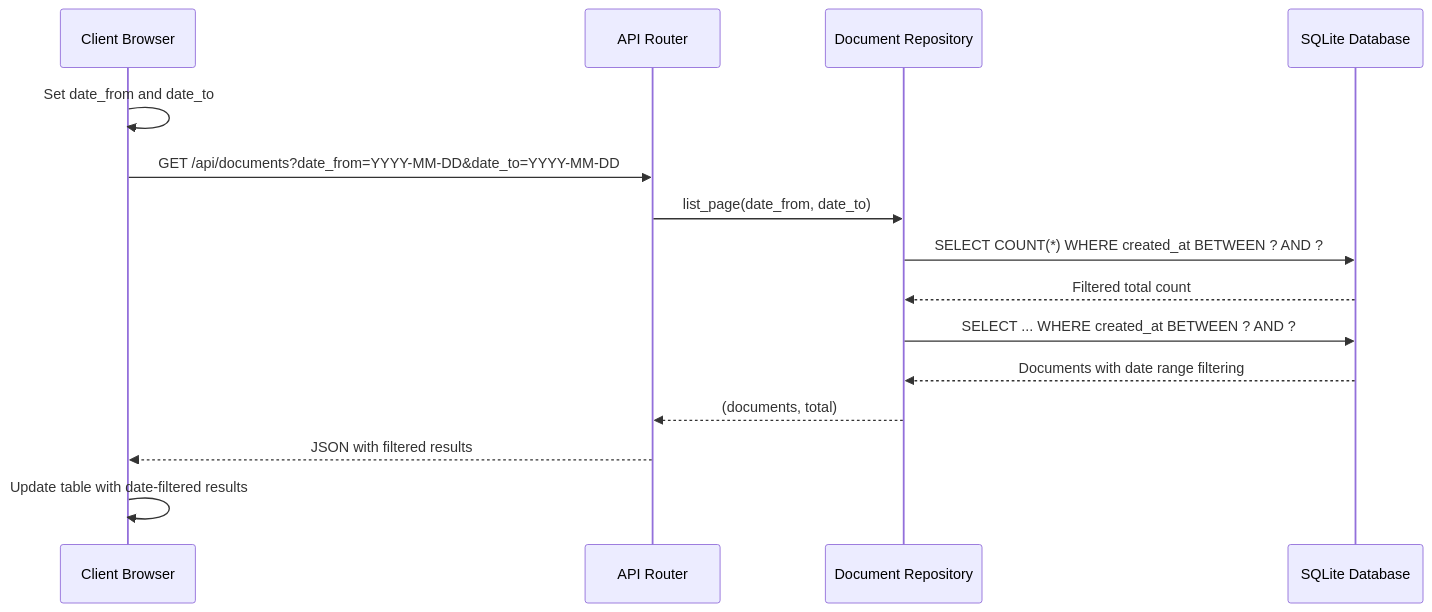
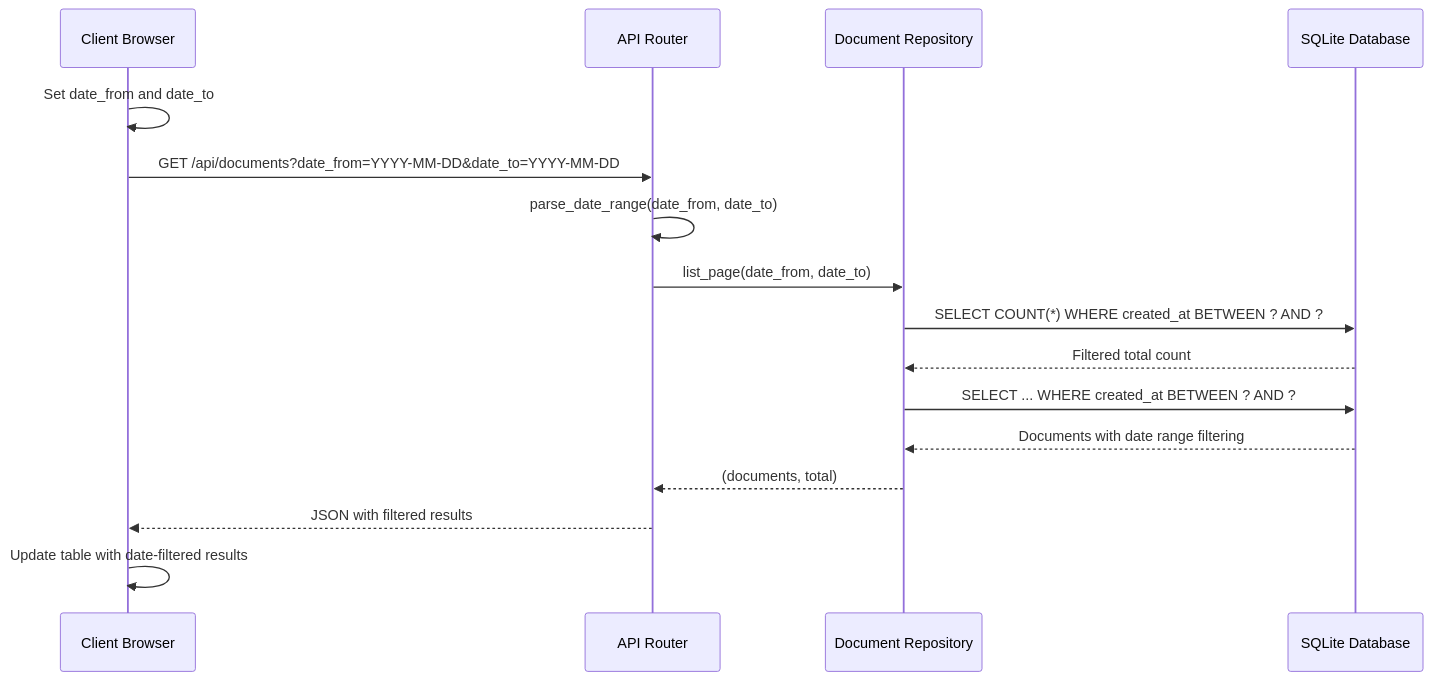
Diagram 15 of 26 in .qoder/repowiki/en/content/Document Management System.md (ognelis/cafetera_hr_bot), drawn with Mermaid before and after one commit. The commit also changed other lines of this file and 29 other files, not shown here.

````diff
--- a/.qoder/repowiki/en/content/Document Management System.md
+++ b/.qoder/repowiki/en/content/Document Management System.md
@@ -1264,17 +1424,18 @@
 ```mermaid
 sequenceDiagram
 participant Client as Client Browser
 participant API as API Router
 participant Repo as Document Repository
 participant DB as SQLite Database
 Client->>Client : Set date_from and date_to
 Client->>API : GET /api/documents?date_from=YYYY-MM-DD&date_to=YYYY-MM-DD
+API->>API : parse_date_range(date_from, date_to)
 API->>Repo : list_page(date_from, date_to)
 Repo->>DB : SELECT COUNT(*) WHERE created_at BETWEEN ? AND ?
 DB-->>Repo : Filtered total count
 Repo->>DB : SELECT ... WHERE created_at BETWEEN ? AND ?
 DB-->>Repo : Documents with date range filtering
 Repo-->>API : (documents, total)
 API-->>Client : JSON with filtered results
 Client->>Client : Update table with date-filtered results
 ```
````
